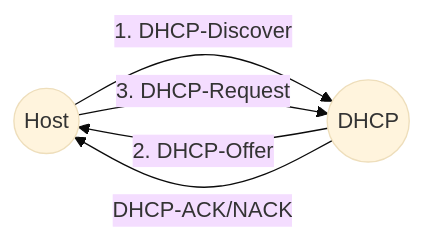
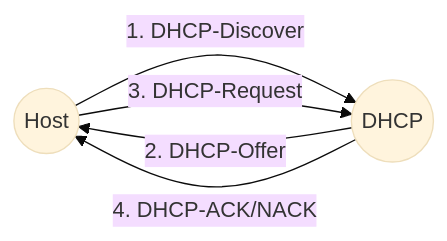
One commit to LeonStoldt/technische-Grundlagen-der-Informatik changed the second of 2 diagrams in content.md. Above: the diagram before and after it, drawn with Mermaid (base theme). The commit also changed other lines of this file, not shown here.

````diff
--- a/content.md
+++ b/content.md
@@ -596,7 +597,7 @@
 ``` mermaid
 graph LR
 H((Host)) --1. DHCP-Discover--> D((DHCP))
 D --2. DHCP-Offer--> H
 H --3. DHCP-Request--> D
-D --DHCP-ACK/NACK--> H
+D --4. DHCP-ACK/NACK--> H
 ```
````
